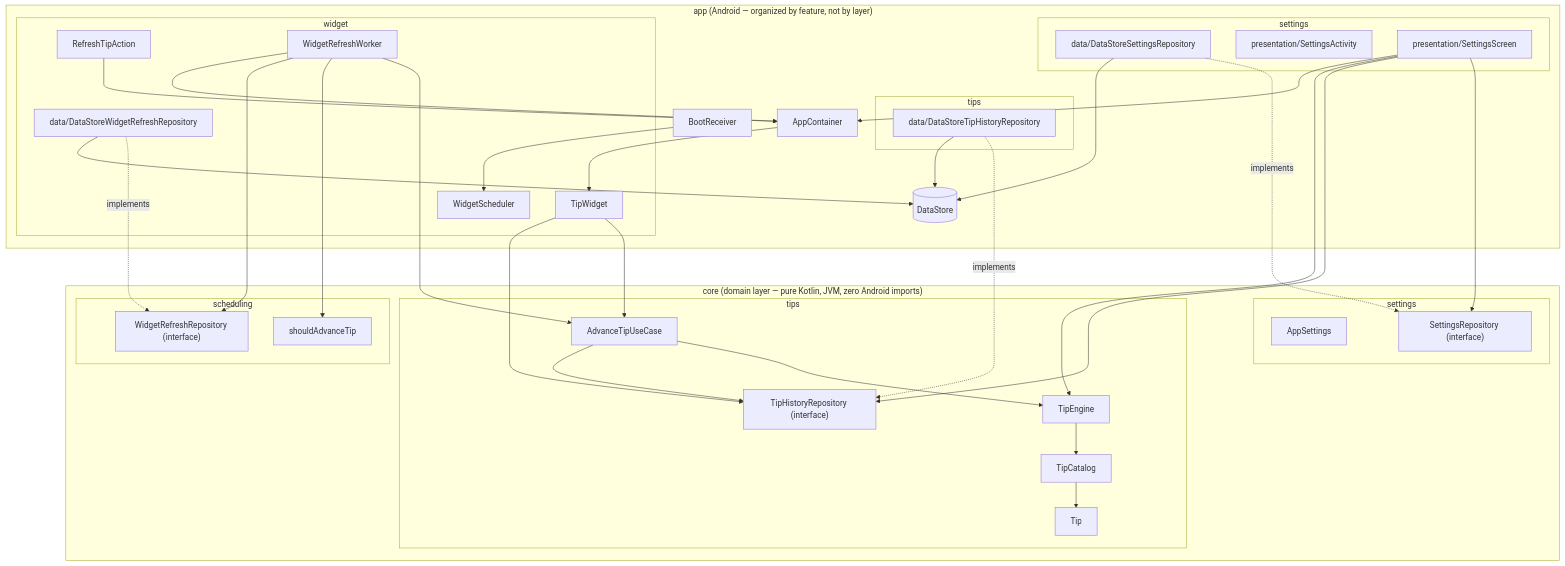
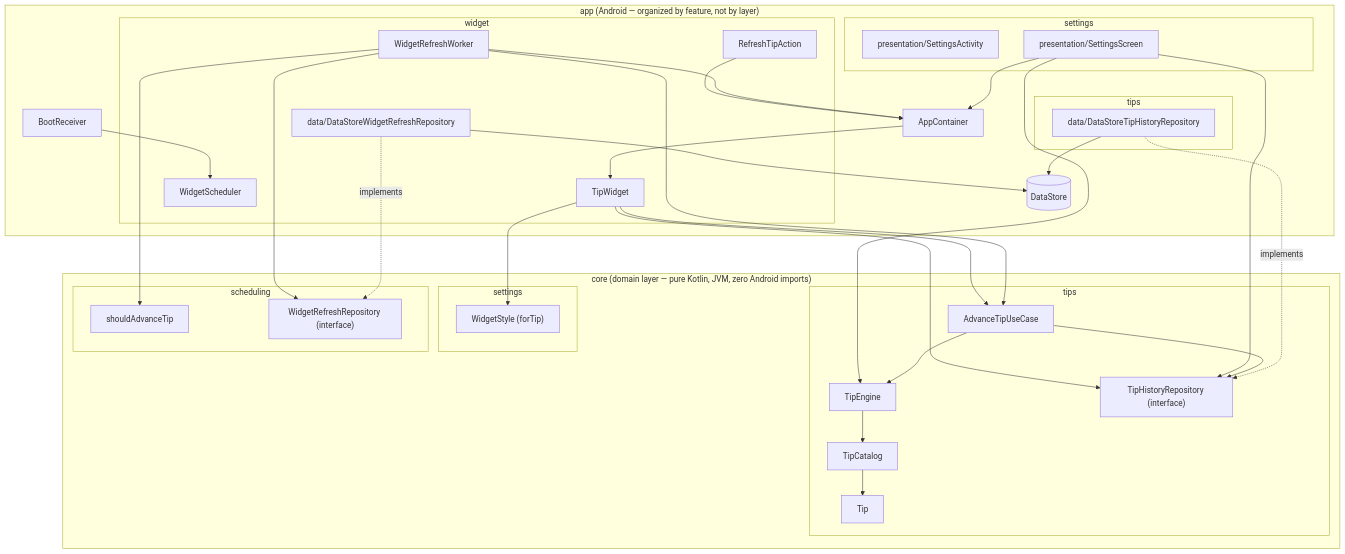
One commit to alexanderkova033/health-widget changed the diagram in README.md. Above: the diagram before and after it, drawn with Mermaid. The commit also changed other lines of this file and 18 other files, not shown here.

````diff
--- a/README.md
+++ b/README.md
@@ -85,68 +88,64 @@
 ```mermaid
 graph TD
     subgraph core["core (domain layer — pure Kotlin, JVM, zero Android imports)"]
         subgraph coreTips["tips"]
             Tip
             TipEngine
             TipCatalog
             TipHistoryRepository["TipHistoryRepository (interface)"]
             AdvanceTipUseCase
         end
         subgraph coreSettings["settings"]
-            AppSettings
-            SettingsRepository["SettingsRepository (interface)"]
+            WidgetStyle["WidgetStyle (forTip)"]
         end
         subgraph coreScheduling["scheduling"]
             TipRefreshSchedule["shouldAdvanceTip"]
             WidgetRefreshRepository["WidgetRefreshRepository (interface)"]
         end
     end
 
     subgraph app["app (Android — organized by feature, not by layer)"]
         subgraph settingsFeature["settings"]
-            DataStoreSettingsRepository["data/DataStoreSettingsRepository"]
             SettingsActivity["presentation/SettingsActivity"]
             SettingsScreen["presentation/SettingsScreen"]
         end
         subgraph tipsFeature["tips"]
             DataStoreTipHistoryRepository["data/DataStoreTipHistoryRepository"]
         end
         subgraph widget["widget"]
             TipWidget
             RefreshTipAction
             WidgetRefreshWorker
             WidgetScheduler
             DataStoreWidgetRefreshRepository["data/DataStoreWidgetRefreshRepository"]
         end
         AppContainer
         BootReceiver
         DataStore[("DataStore<Preferences>")]
     end
 
-    DataStoreSettingsRepository -.implements.-> SettingsRepository
     DataStoreTipHistoryRepository -.implements.-> TipHistoryRepository
     DataStoreWidgetRefreshRepository -.implements.-> WidgetRefreshRepository
-    DataStoreSettingsRepository --> DataStore
     DataStoreTipHistoryRepository --> DataStore
     DataStoreWidgetRefreshRepository --> DataStore
     TipCatalog --> Tip
     TipEngine --> TipCatalog
     AdvanceTipUseCase --> TipEngine
     AdvanceTipUseCase --> TipHistoryRepository
 
-    SettingsScreen --> SettingsRepository
     SettingsScreen --> TipHistoryRepository
     SettingsScreen --> TipEngine
     SettingsScreen --> AppContainer
 
     WidgetRefreshWorker --> AdvanceTipUseCase
     WidgetRefreshWorker --> TipRefreshSchedule
     WidgetRefreshWorker --> WidgetRefreshRepository
     WidgetRefreshWorker --> AppContainer
     RefreshTipAction --> AppContainer
     TipWidget --> AdvanceTipUseCase
     TipWidget --> TipHistoryRepository
+    TipWidget --> WidgetStyle
     AppContainer --> TipWidget
 
     BootReceiver --> WidgetScheduler
 ```
````
